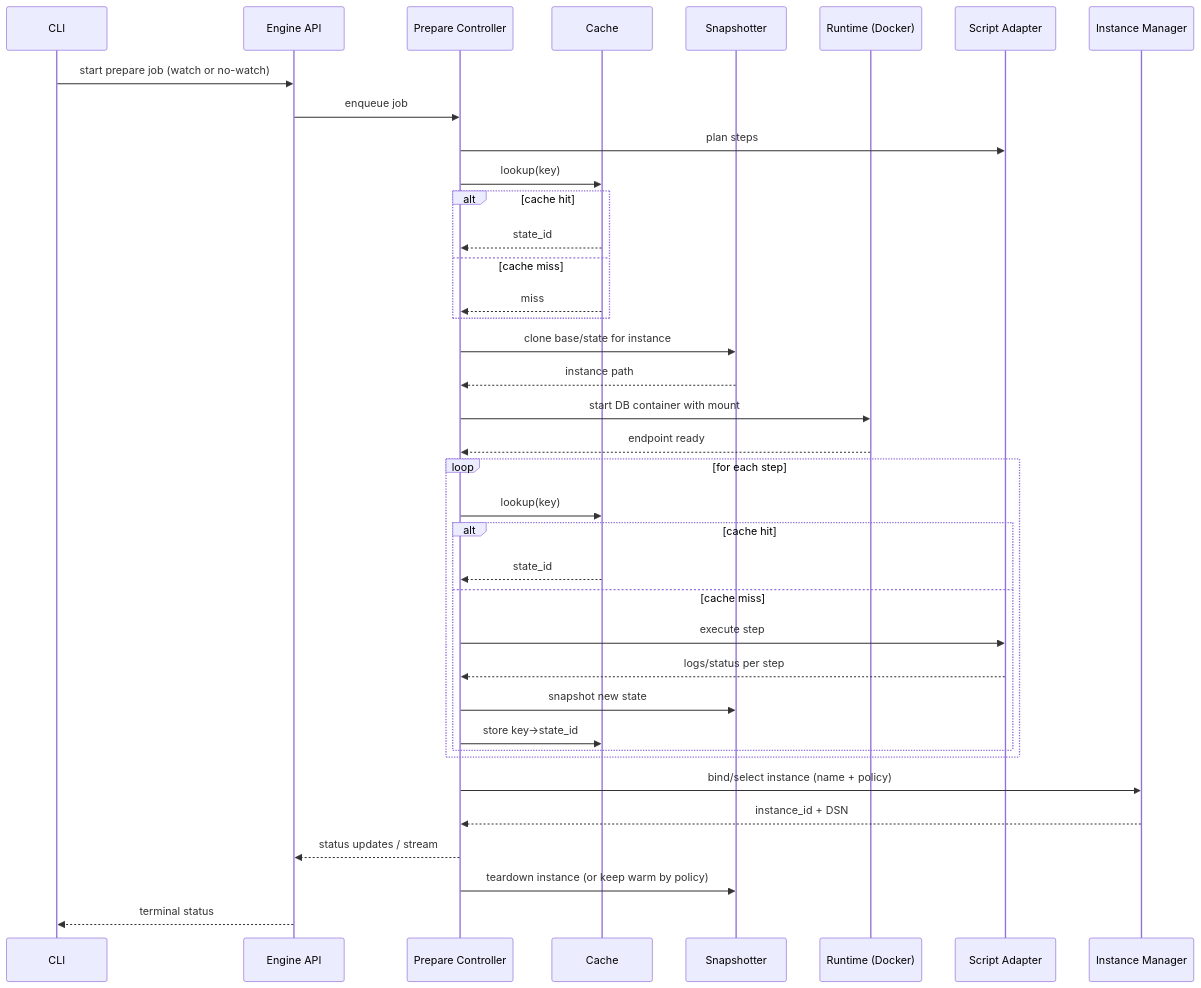
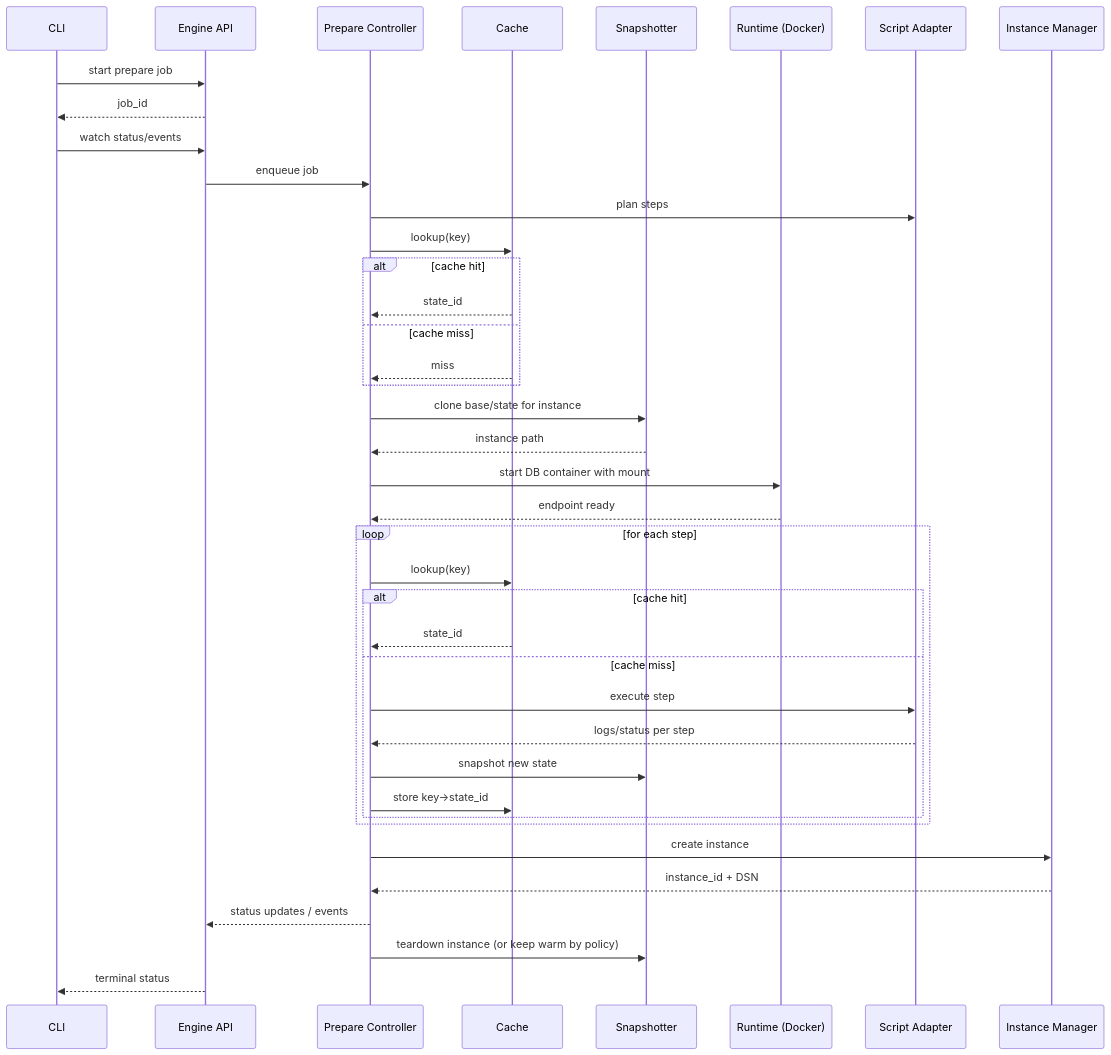
The second of 2 diagrams in docs/architecture/engine-internals.RU.md (kimak-irmagi/taidon), drawn with Mermaid before and after one commit. The commit also changed other lines of this file and 43 other files, not shown here.

````diff
--- a/docs/architecture/engine-internals.RU.md
+++ b/docs/architecture/engine-internals.RU.md
@@ -105,41 +104,43 @@
 ```mermaid
 sequenceDiagram
   participant CLI as CLI
   participant API as Engine API
   participant CTRL as Prepare Controller
   participant CACHE as Cache
   participant SNAP as Snapshotter
   participant RT as Runtime (Docker)
   participant ADAPTER as Script Adapter
   participant INST as Instance Manager
 
-  CLI->>API: start prepare job (watch or no-watch)
+  CLI->>API: start prepare job
+  API-->>CLI: job_id
+  CLI->>API: watch status/events
   API->>CTRL: enqueue job
   CTRL->>ADAPTER: plan steps
   CTRL->>CACHE: lookup(key)
   alt cache hit
     CACHE-->>CTRL: state_id
   else cache miss
     CACHE-->>CTRL: miss
   end
   CTRL->>SNAP: clone base/state for instance
   SNAP-->>CTRL: instance path
   CTRL->>RT: start DB container with mount
   RT-->>CTRL: endpoint ready
   loop for each step
     CTRL->>CACHE: lookup(key)
     alt cache hit
       CACHE-->>CTRL: state_id
     else cache miss
       CTRL->>ADAPTER: execute step
       ADAPTER-->>CTRL: logs/status per step
       CTRL->>SNAP: snapshot new state
       CTRL->>CACHE: store key->state_id
     end
   end
-  CTRL->>INST: bind/select instance (name + policy)
+  CTRL->>INST: create instance
   INST-->>CTRL: instance_id + DSN
-  CTRL-->>API: status updates / stream
+  CTRL-->>API: status updates / events
   CTRL->>SNAP: teardown instance (or keep warm by policy)
   API-->>CLI: terminal status
 ```
````
